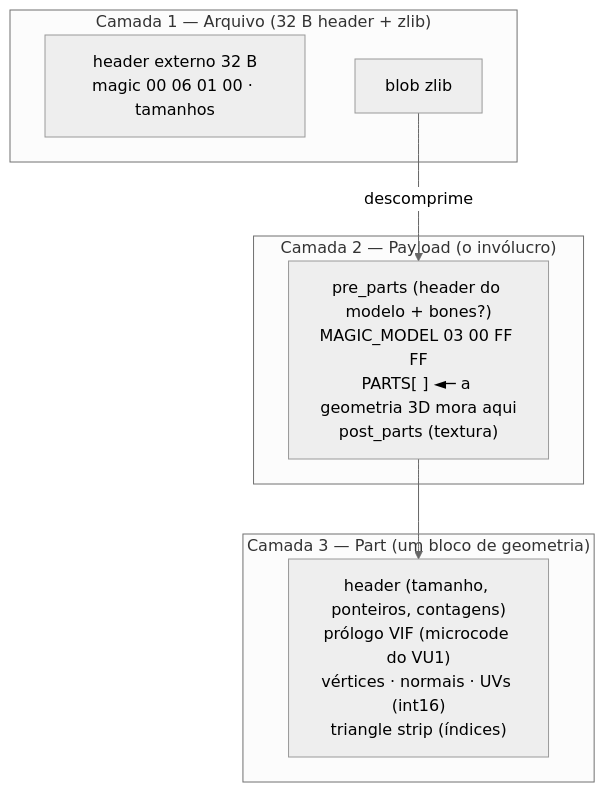
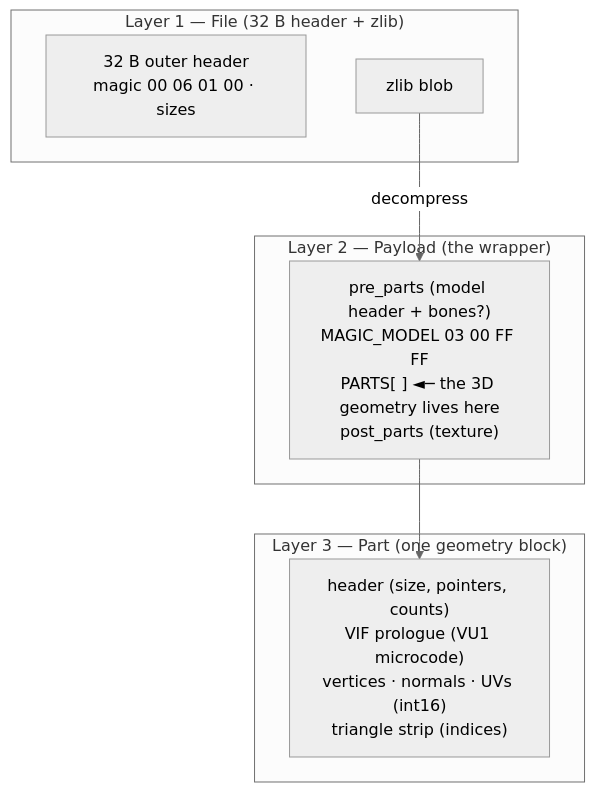
Before and after one commit to FVitor7/wepes3d: the first of 2 diagrams in docs/README.md, drawn with Mermaid (neutral theme). The commit also changed other lines of this file and 30 other files, not shown here.

````diff
--- a/docs/README.md
+++ b/docs/README.md
@@ -43,15 +32,15 @@
 ```mermaid
 flowchart TB
-    subgraph L1["Camada 1 — Arquivo (32 B header + zlib)"]
-        H["header externo 32 B<br/>magic 00 06 01 00 · tamanhos"]
-        Z["blob zlib"]
+    subgraph L1["Layer 1 — File (32 B header + zlib)"]
+        H["32 B outer header<br/>magic 00 06 01 00 · sizes"]
+        Z["zlib blob"]
     end
-    Z -- "descomprime" --> P
-    subgraph L2["Camada 2 — Payload (o invólucro)"]
-        P["pre_parts (header do modelo + bones?)<br/>MAGIC_MODEL 03 00 FF FF<br/>PARTS[ ] ◄─ a geometria 3D mora aqui<br/>post_parts (textura)"]
+    Z -- "decompress" --> P
+    subgraph L2["Layer 2 — Payload (the wrapper)"]
+        P["pre_parts (model header + bones?)<br/>MAGIC_MODEL 03 00 FF FF<br/>PARTS[ ] ◄─ the 3D geometry lives here<br/>post_parts (texture)"]
     end
     P --> PART
-    subgraph L3["Camada 3 — Part (um bloco de geometria)"]
-        PART["header (tamanho, ponteiros, contagens)<br/>prólogo VIF (microcode do VU1)<br/>vértices · normais · UVs (int16)<br/>triangle strip (índices)"]
+    subgraph L3["Layer 3 — Part (one geometry block)"]
+        PART["header (size, pointers, counts)<br/>VIF prologue (VU1 microcode)<br/>vertices · normals · UVs (int16)<br/>triangle strip (indices)"]
     end
 ```
````
